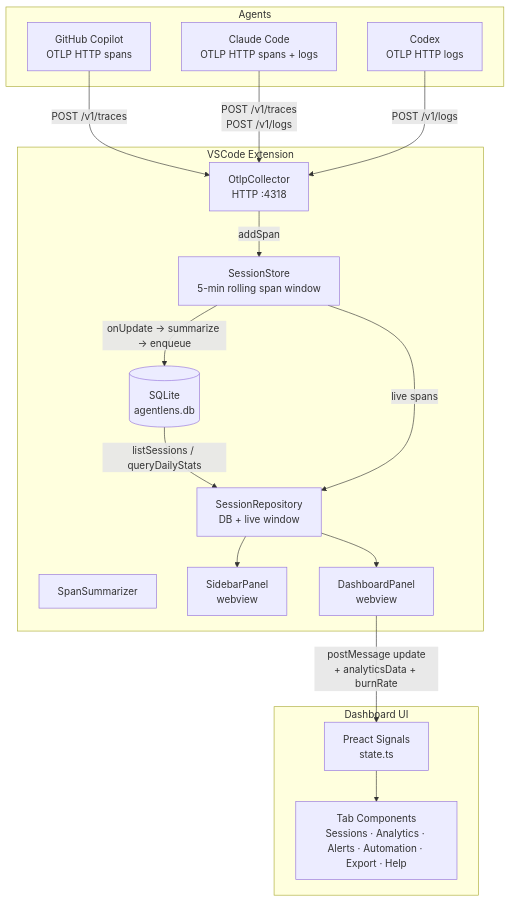
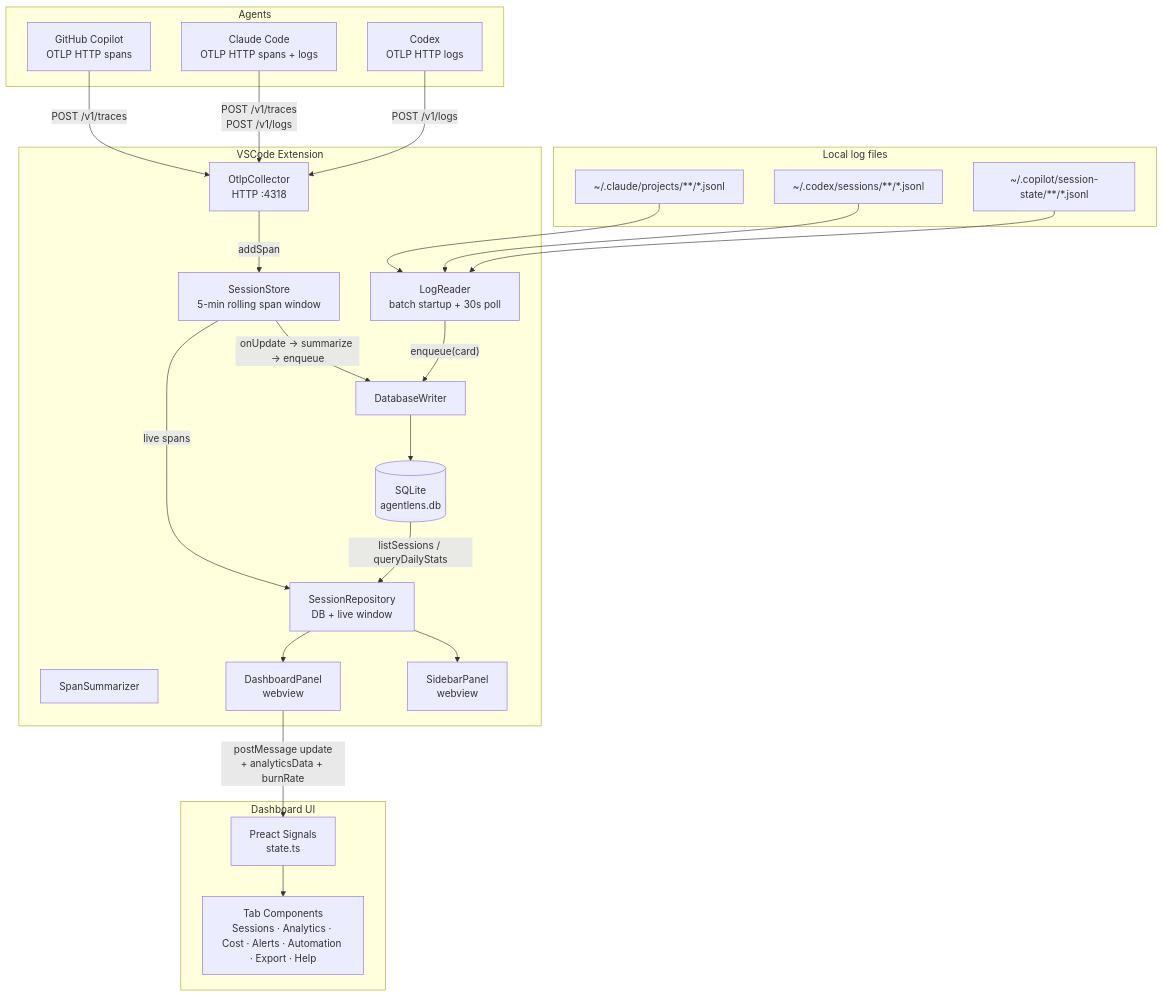
One commit to RogerReed/agentlens changed the first of 19 diagrams in ARCHITECTURE.md. Above: the diagram before and after it, drawn with Mermaid. The commit also changed other lines of this file, not shown here.

First line of the commit message:
docs: update ARCHITECTURE.md to reflect local log ingestion and recent additions

````diff
--- a/ARCHITECTURE.md
+++ b/ARCHITECTURE.md
@@ -26,37 +27,50 @@
 ```mermaid
 graph TB
     subgraph Agents
         CP[GitHub Copilot<br/>OTLP HTTP spans]
         CC[Claude Code<br/>OTLP HTTP spans + logs]
         CX[Codex<br/>OTLP HTTP logs]
     end
 
+    subgraph LocalLogs["Local log files"]
+        CL_LOGS["~/.claude/projects/**/*.jsonl"]
+        CX_LOGS["~/.codex/sessions/**/*.jsonl"]
+        CP_LOGS["~/.copilot/session-state/**/*.jsonl"]
+    end
+
     subgraph VSCode Extension
         COL[OtlpCollector<br/>HTTP :4318]
+        LR[LogReader<br/>batch startup + 30s poll]
         STO[SessionStore<br/>5-min rolling span window]
         SUM[SpanSummarizer]
+        WRI[DatabaseWriter]
         DB[(SQLite<br/>agentlens.db)]
         REPO[SessionRepository<br/>DB + live window]
         SID[SidebarPanel<br/>webview]
         DASH[DashboardPanel<br/>webview]
     end
 
     subgraph Dashboard UI
         STATE[Preact Signals<br/>state.ts]
-        TABS[Tab Components<br/>Sessions · Analytics · Alerts · Automation · Export · Help]
+        TABS[Tab Components<br/>Sessions · Analytics · Cost · Alerts · Automation · Export · Help]
     end
 
     CP -- "POST /v1/traces" --> COL
     CC -- "POST /v1/traces<br/>POST /v1/logs" --> COL
     CX -- "POST /v1/logs" --> COL
 
     COL -- addSpan --> STO
-    STO -- onUpdate → summarize → enqueue --> DB
+    STO -- onUpdate → summarize → enqueue --> WRI
+
+    CL_LOGS & CX_LOGS & CP_LOGS --> LR
+    LR -- "enqueue(card)" --> WRI
+
+    WRI --> DB
     DB -- listSessions / queryDailyStats --> REPO
     STO -- live spans --> REPO
     REPO --> SID
     REPO --> DASH
 
     DASH -- "postMessage update<br/>+ analyticsData + burnRate" --> STATE
     STATE --> TABS
 ```
````
